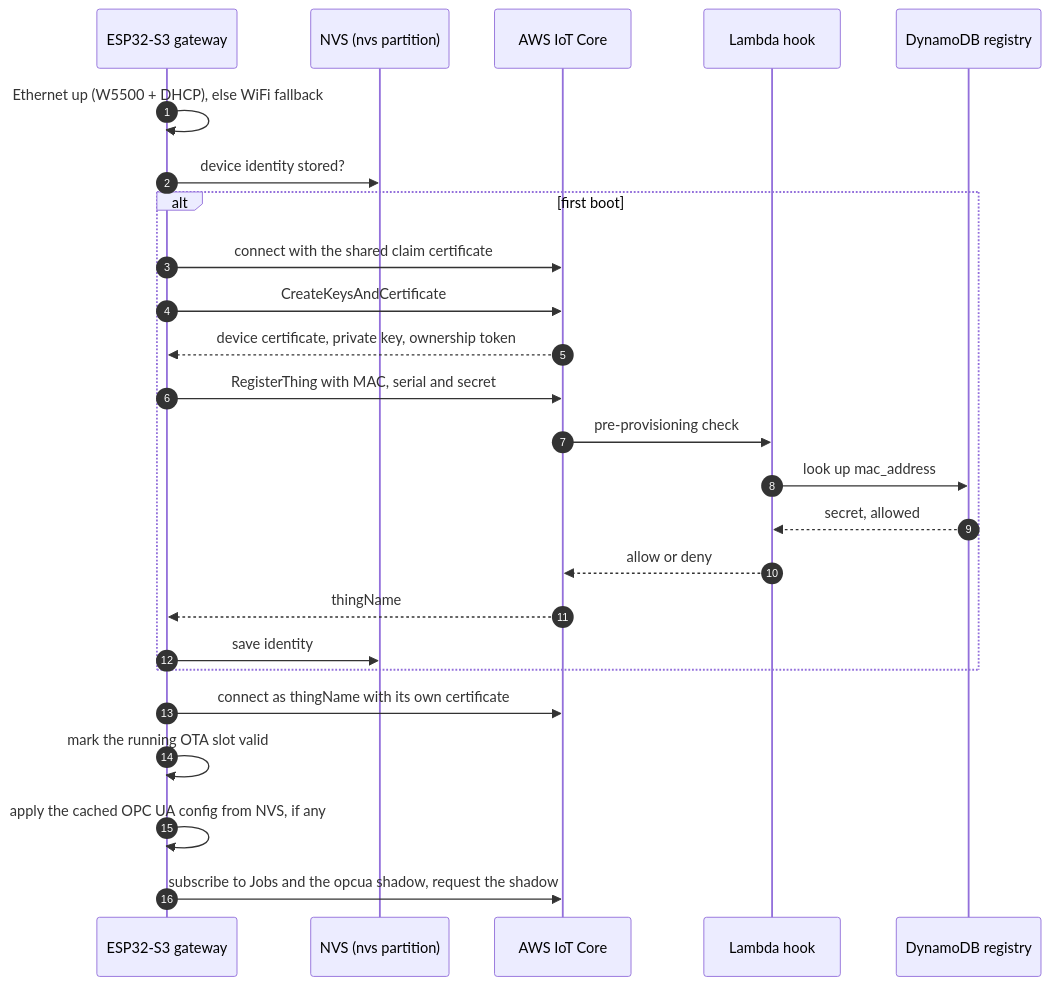
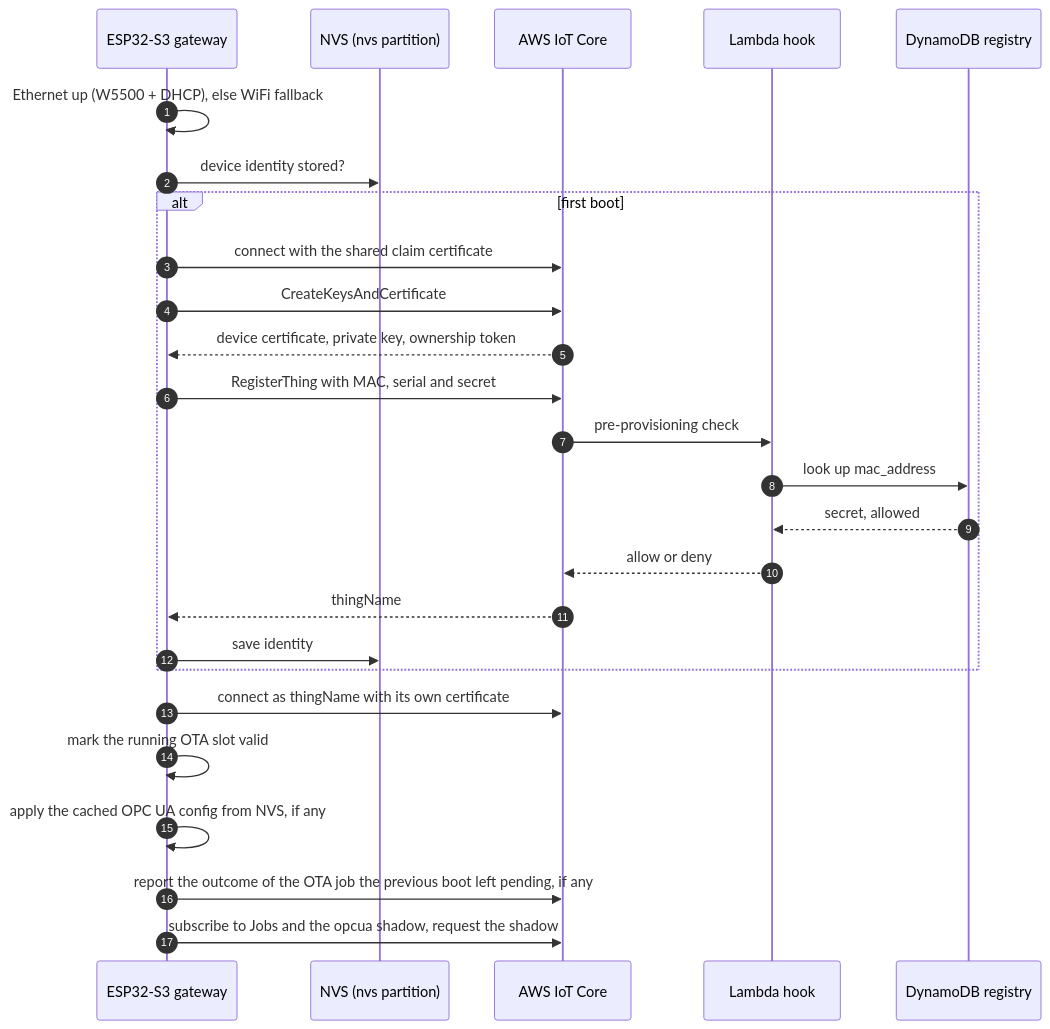
One commit to ergousha/esp32-opcua-gateway-rust changed the fourth of 10 diagrams in README.md. Above: the diagram before and after it, drawn with Mermaid. The commit also changed other lines of this file and 8 other files, not shown here.

````diff
--- a/README.md
+++ b/README.md
@@ -171,28 +171,29 @@
 ```mermaid
 sequenceDiagram
     autonumber
     participant GW as ESP32-S3 gateway
     participant NVS as NVS (nvs partition)
     participant IOT as AWS IoT Core
     participant HOOK as Lambda hook
     participant DB as DynamoDB registry
 
     GW->>GW: Ethernet up (W5500 + DHCP), else WiFi fallback
     GW->>NVS: device identity stored?
     alt first boot
         GW->>IOT: connect with the shared claim certificate
         GW->>IOT: CreateKeysAndCertificate
         IOT-->>GW: device certificate, private key, ownership token
         GW->>IOT: RegisterThing with MAC, serial and secret
         IOT->>HOOK: pre-provisioning check
         HOOK->>DB: look up mac_address
         DB-->>HOOK: secret, allowed
         HOOK-->>IOT: allow or deny
         IOT-->>GW: thingName
         GW->>NVS: save identity
     end
     GW->>IOT: connect as thingName with its own certificate
     GW->>GW: mark the running OTA slot valid
     GW->>GW: apply the cached OPC UA config from NVS, if any
+    GW->>IOT: report the outcome of the OTA job the previous boot left pending, if any
     GW->>IOT: subscribe to Jobs and the opcua shadow, request the shadow
 ```
````
